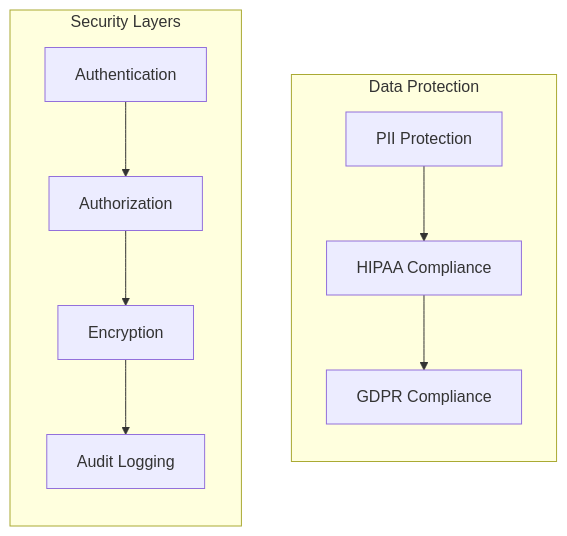
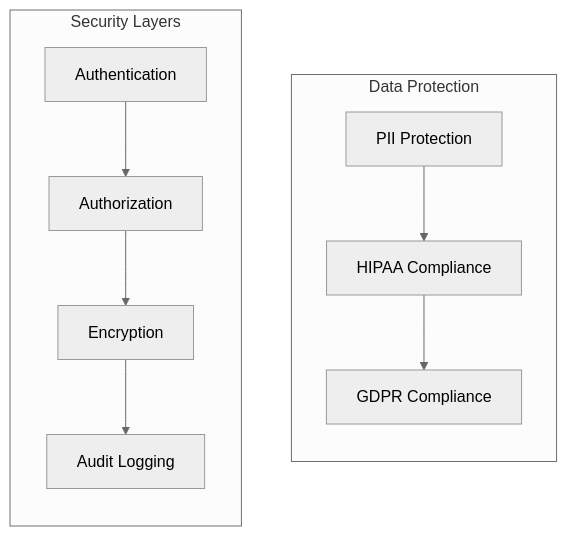
The third of 4 diagrams in architecture.md (matthewswogger/family-med-nanny), drawn with Mermaid before and after one commit. The commit also changed other lines of this file and 6 other files, not shown here.

````diff
--- a/architecture.md
+++ b/architecture.md
@@ -102,22 +102,26 @@
 ```mermaid
+---
+config:
+  theme: neutral
+---
 flowchart TB
     subgraph "Data Protection"
         PII[PII Protection]
         HIPAA[HIPAA Compliance]
         GDPR[GDPR Compliance]
         direction TB
         PII-->HIPAA
         HIPAA-->GDPR
     end
 
     subgraph "Security Layers"
         Auth[Authentication]
         Authz[Authorization]
         Encrypt[Encryption]
         Audit[Audit Logging]
         direction TB
         Auth-->Authz
         Authz-->Encrypt
         Encrypt-->Audit
     end
 ```
````
